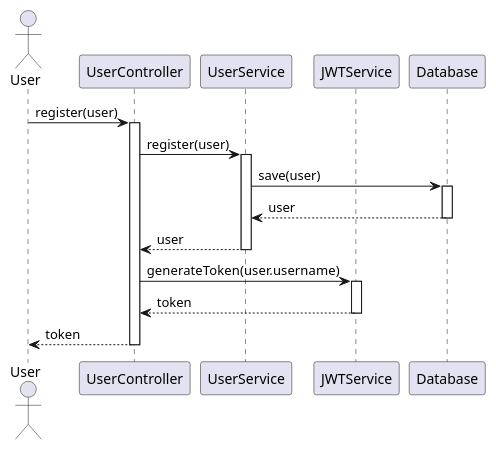
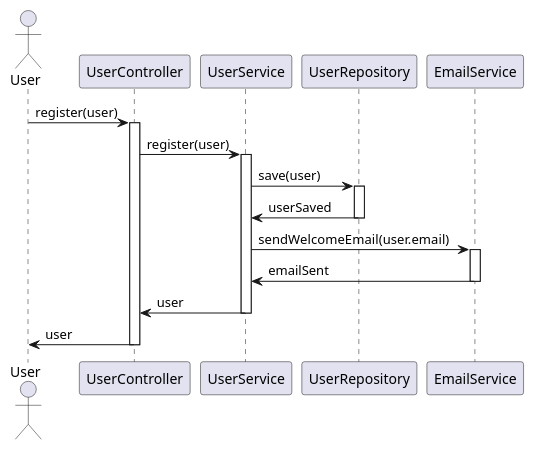
One commit to Dinesh-s95/AutoDoc.ai changed the first of 6 diagrams in identityprovider/documentation/detaileddesign.adoc. Above: the diagram before and after it, drawn with PlantUML. The commit also changed other lines of this file and 4 other files, not shown here.

```diff
--- a/identityprovider/documentation/detaileddesign.adoc
+++ b/identityprovider/documentation/detaileddesign.adoc
@@ -149,27 +262,27 @@
 [plantuml, user-registration-sequence, png]
 ----
 @startuml
-actor "User" as U
-participant "UserController" as UC
-participant "UserService" as US
-participant "JWTService" as JS
-participant "Database" as DB
+actor User
+participant UserController
+participant UserService
+participant UserRepository
+participant EmailService
 
-U -> UC : register(user)
-activate UC
-UC -> US : register(user)
-activate US
-US -> DB : save(user)
-activate DB
-DB --> US : user
-deactivate DB
-US --> UC : user
-deactivate US
-UC -> JS : generateToken(user.username)
-activate JS
-JS --> UC : token
-deactivate JS
-UC --> U : token
-deactivate UC
+User -> UserController : register(user)
+activate UserController
+UserController -> UserService : register(user)
+activate UserService
+UserService -> UserRepository : save(user)
+activate UserRepository
+UserRepository -> UserService : userSaved
+deactivate UserRepository
+UserService -> EmailService : sendWelcomeEmail(user.email)
+activate EmailService
+EmailService -> UserService : emailSent
+deactivate EmailService
+UserService -> UserController : user
+deactivate UserService
+UserController -> User : user
+deactivate UserController
 @enduml
 ----
```
